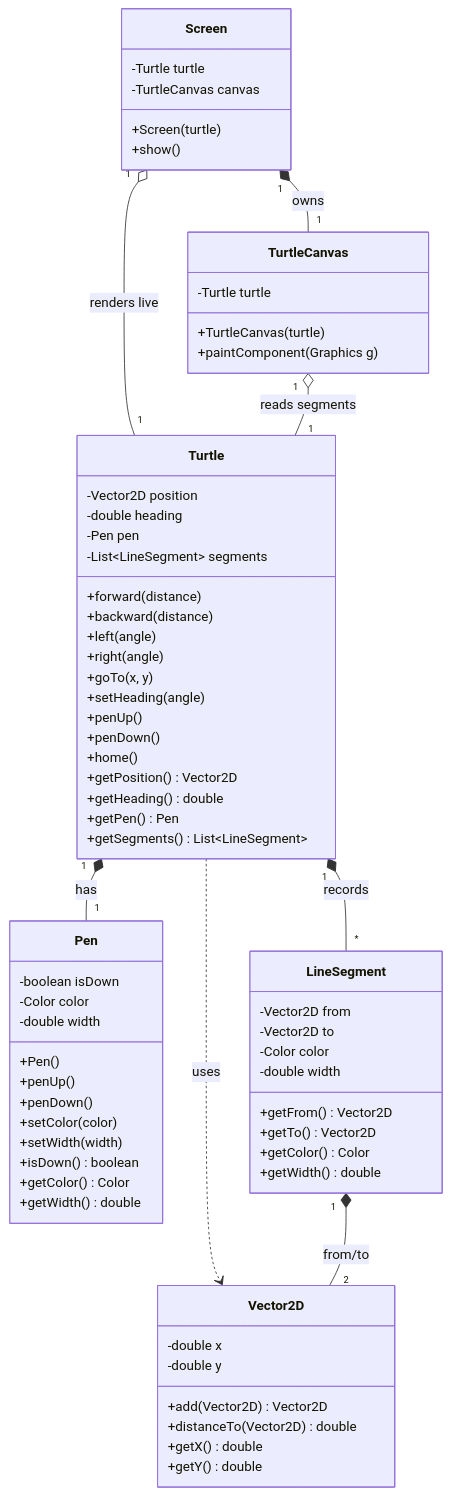
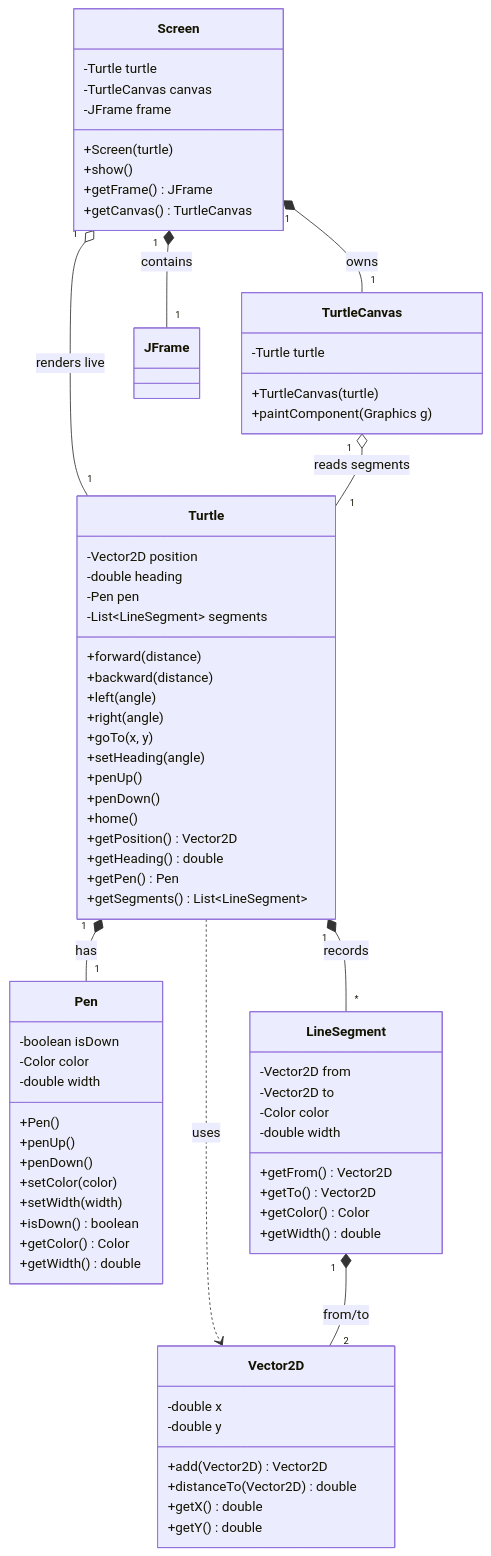
One commit to dslakind/turtle changed the diagram in docs/design.md. Above: the diagram before and after it, drawn with Mermaid. The commit also changed other lines of this file and 11 other files, not shown here.

````diff
--- a/docs/design.md
+++ b/docs/design.md
@@ -5,72 +5,76 @@
 ```mermaid
 classDiagram
     class Turtle {
         -Vector2D position
         -double heading
         -Pen pen
         -List~LineSegment~ segments
         +forward(distance)
         +backward(distance)
         +left(angle)
         +right(angle)
         +goTo(x, y)
         +setHeading(angle)
         +penUp()
         +penDown()
         +home()
         +getPosition() Vector2D
         +getHeading() double
         +getPen() Pen
         +getSegments() List~LineSegment~
     }
     class Pen {
         -boolean isDown
         -Color color
         -double width
         +Pen()
         +penUp()
         +penDown()
         +setColor(color)
         +setWidth(width)
         +isDown() boolean
         +getColor() Color
         +getWidth() double
     }
     class Vector2D {
         -double x
         -double y
         +add(Vector2D) Vector2D
         +distanceTo(Vector2D) double
         +getX() double
         +getY() double
     }
     class LineSegment {
         -Vector2D from
         -Vector2D to
         -Color color
         -double width
         +getFrom() Vector2D
         +getTo() Vector2D
         +getColor() Color
         +getWidth() double
     }
     class Screen {
         -Turtle turtle
         -TurtleCanvas canvas
+        -JFrame frame
         +Screen(turtle)
         +show()
+        +getFrame() JFrame
+        +getCanvas() TurtleCanvas
     }
     class TurtleCanvas {
         -Turtle turtle
         +TurtleCanvas(turtle)
         +paintComponent(Graphics g)
     }
 
     Turtle "1" *-- "1" Pen : has
     Turtle "1" *-- "*" LineSegment : records
     Turtle ..> Vector2D : uses
     LineSegment "1" *-- "2" Vector2D : from/to
     Screen "1" o-- "1" Turtle : renders live
     Screen "1" *-- "1" TurtleCanvas : owns
+    Screen "1" *-- "1" JFrame : contains
     TurtleCanvas "1" o-- "1" Turtle : reads segments
 ```
````
